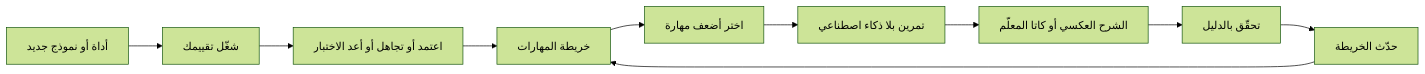
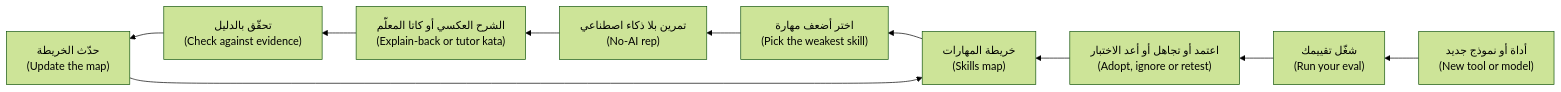
The diagram in ainative/modules/13-sharp.ar.md (Tamoura/system-design-for-vibe-coders), drawn with Mermaid (forest theme) before and after one commit. The commit also changed 83 other files, not shown here.

First line of the commit message:
AI-native engineer course: Arabic diagrams right-to-left with English glosses

````diff
--- a/ainative/modules/13-sharp.ar.md
+++ b/ainative/modules/13-sharp.ar.md
@@ -109,12 +109,12 @@
 ```mermaid
-flowchart LR
-    A["خريطة المهارات"] --> B["اختر أضعف مهارة"]
-    B --> C["تمرين بلا ذكاء اصطناعي"]
-    C --> D["الشرح العكسي أو كاتا المعلّم"]
-    D --> E["تحقّق بالدليل"]
-    E --> F["حدّث الخريطة"]
+flowchart RL
+    A["خريطة المهارات<br/>(Skills map)"] --> B["اختر أضعف مهارة<br/>(Pick the weakest skill)"]
+    B --> C["تمرين بلا ذكاء اصطناعي<br/>(No-AI rep)"]
+    C --> D["الشرح العكسي أو كاتا المعلّم<br/>(Explain-back or tutor kata)"]
+    D --> E["تحقّق بالدليل<br/>(Check against evidence)"]
+    E --> F["حدّث الخريطة<br/>(Update the map)"]
     F --> A
-    G["أداة أو نموذج جديد"] --> H["شغّل تقييمك"]
-    H --> I["اعتمد أو تجاهل أو أعد الاختبار"]
+    G["أداة أو نموذج جديد<br/>(New tool or model)"] --> H["شغّل تقييمك<br/>(Run your eval)"]
+    H --> I["اعتمد أو تجاهل أو أعد الاختبار<br/>(Adopt, ignore or retest)"]
     I --> A
 ```
````
